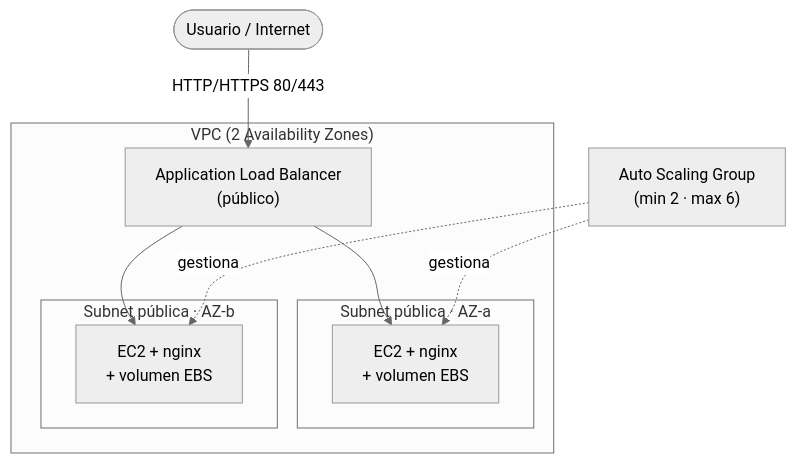
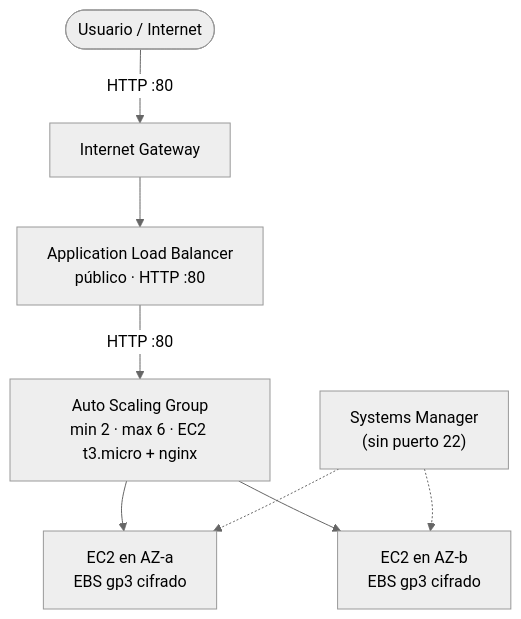
Before and after one commit to Jean-Carlos-L/high-availability-web-architecture: the diagram in docs/architecture.md, drawn with Mermaid (neutral theme). The commit also changed other lines of this file, not shown here.

First line of the commit message:
docs: document high demand web app architecture

````diff
--- a/docs/architecture.md
+++ b/docs/architecture.md
@@ -11,23 +9,18 @@
 ```mermaid
 flowchart TB
-    User([Usuario / Internet])
-    User -->|HTTP/HTTPS 80/443| ALB
+    U([Usuario / Internet])
+    IGW["Internet Gateway"]
+    ALB["Application Load Balancer<br/>público · HTTP :80"]
+    ASG["Auto Scaling Group<br/>min 2 · max 6 · EC2 t3.micro + nginx"]
+    EC2A["EC2 en AZ-a<br/>EBS gp3 cifrado"]
+    EC2B["EC2 en AZ-b<br/>EBS gp3 cifrado"]
+    SSM["Systems Manager<br/>(sin puerto 22)"]
 
-    subgraph VPC["VPC (2 Availability Zones)"]
-        ALB["Application Load Balancer<br/>(público)"]
-
-        subgraph AZa["Subnet pública · AZ-a"]
-            EC2a["EC2 + nginx<br/>+ volumen EBS"]
-        end
-        subgraph AZb["Subnet pública · AZ-b"]
-            EC2b["EC2 + nginx<br/>+ volumen EBS"]
-        end
-
-        ALB --> EC2a
-        ALB --> EC2b
-    end
-
-    ASG["Auto Scaling Group<br/>(min 2 · max 6)"]
-    ASG -.gestiona.-> EC2a
-    ASG -.gestiona.-> EC2b
+    U -->|HTTP :80| IGW
+    IGW --> ALB
+    ALB -->|HTTP :80| ASG
+    ASG --> EC2A
+    ASG --> EC2B
+    SSM -.-> EC2A
+    SSM -.-> EC2B
 ```
````
